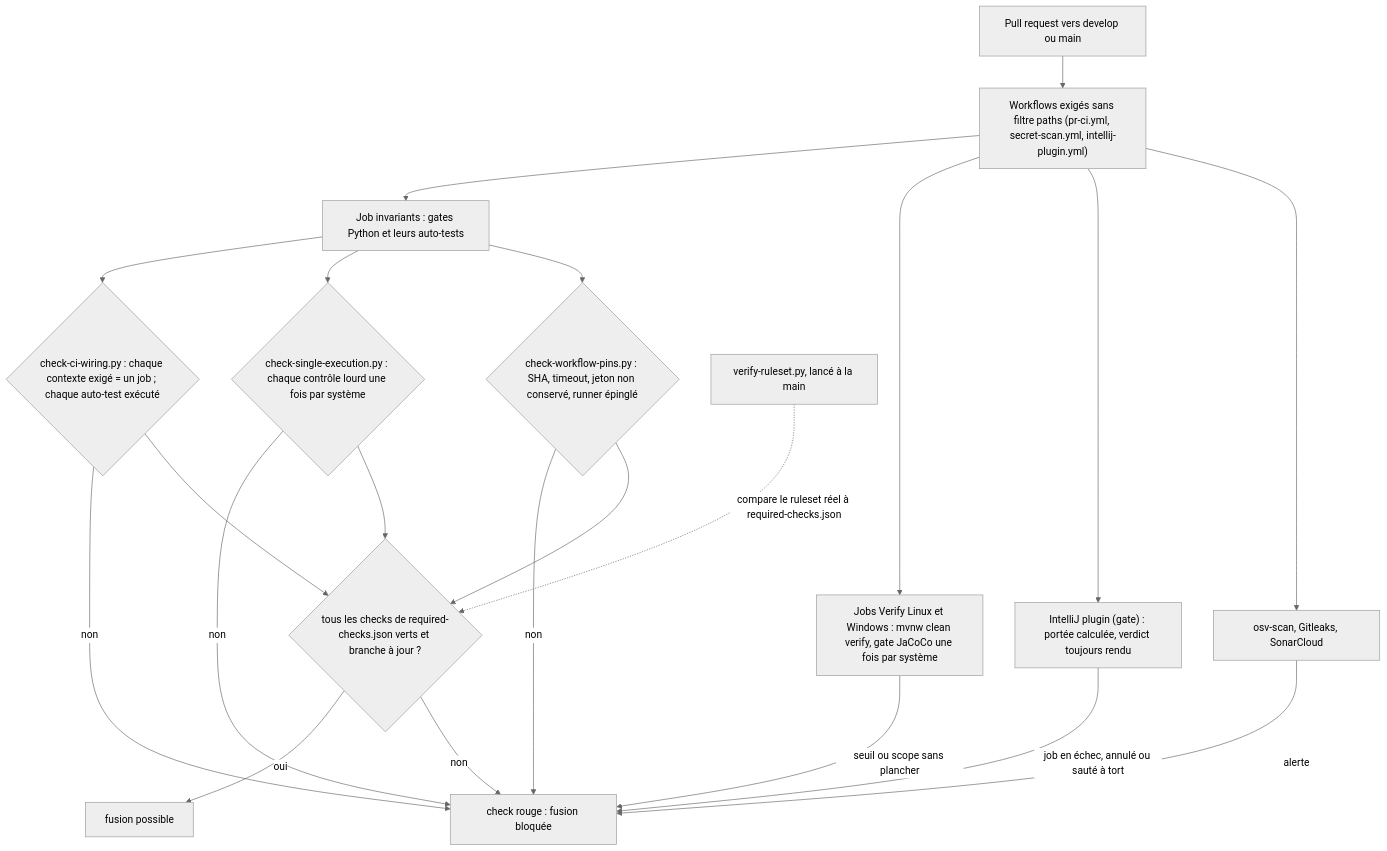
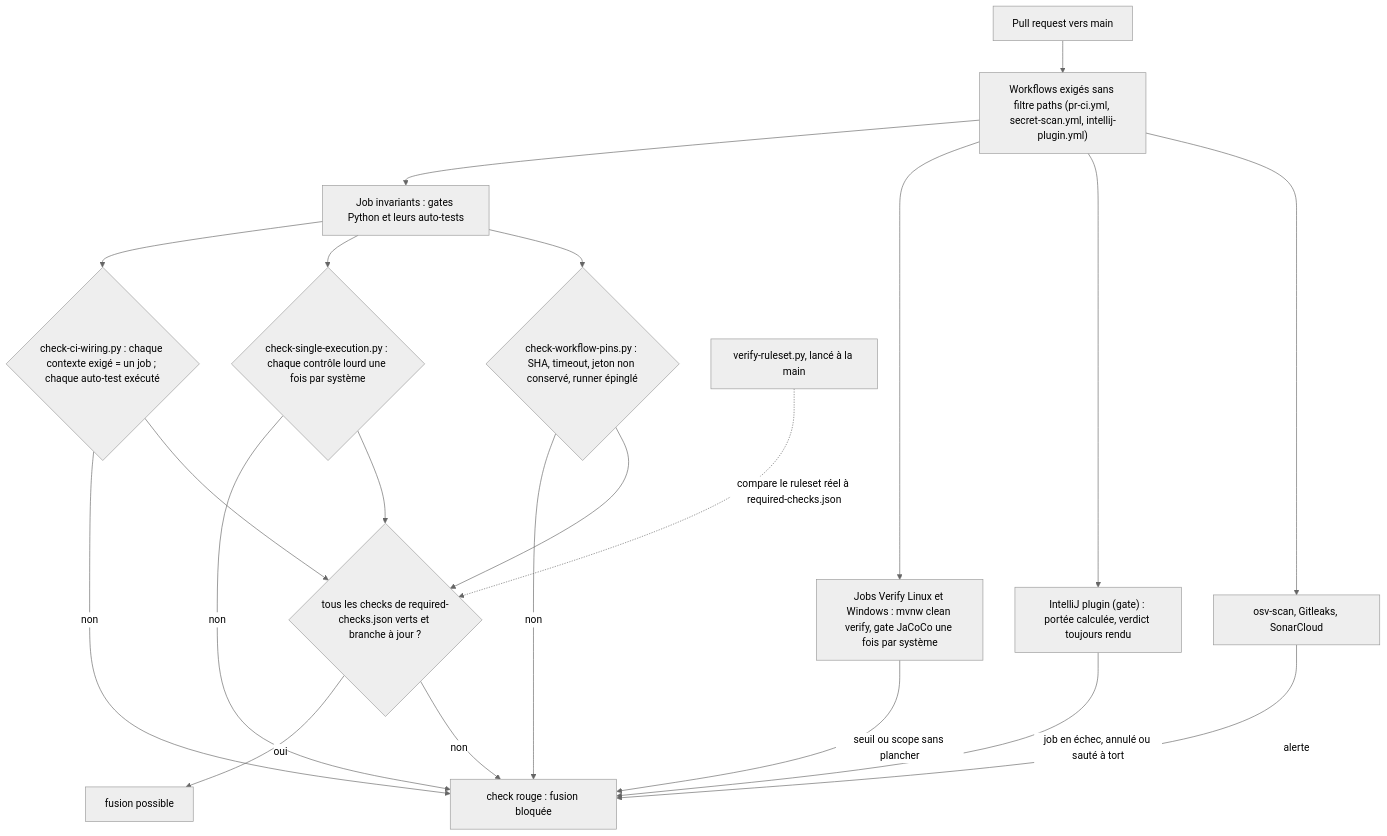
The diagram in docs/architecture/diagrams/capacites/controles-de-fusion.md (FTurleque/minos-code-intelligence), drawn with Mermaid (neutral theme) before and after one commit. The commit also changed other lines of this file and 9 other files, not shown here.

````diff
--- a/docs/architecture/diagrams/capacites/controles-de-fusion.md
+++ b/docs/architecture/diagrams/capacites/controles-de-fusion.md
@@ -24,23 +24,23 @@
 ```mermaid
 flowchart TD
-  PR["Pull request vers develop ou main"] --> W["Workflows exigés sans filtre paths (pr-ci.yml, secret-scan.yml, intellij-plugin.yml)"]
+  PR["Pull request vers main"] --> W["Workflows exigés sans filtre paths (pr-ci.yml, secret-scan.yml, intellij-plugin.yml)"]
   W --> INV["Job invariants : gates Python et leurs auto-tests"]
   W --> VER["Jobs Verify Linux et Windows : mvnw clean verify, gate JaCoCo une fois par système"]
   W --> PLG["IntelliJ plugin (gate) : portée calculée, verdict toujours rendu"]
   W --> OTH["osv-scan, Gitleaks, SonarCloud"]
   INV --> CW{"check-ci-wiring.py : chaque contexte exigé = un job ; chaque auto-test exécuté"}
   INV --> SE{"check-single-execution.py : chaque contrôle lourd une fois par système"}
   INV --> WP{"check-workflow-pins.py : SHA, timeout, jeton non conservé, runner épinglé"}
   CW -->|"non"| KO["check rouge : fusion bloquée"]
   SE -->|"non"| KO
   WP -->|"non"| KO
   VER -->|"seuil ou scope sans plancher"| KO
   PLG -->|"job en échec, annulé ou sauté à tort"| KO
   OTH -->|"alerte"| KO
   CW --> OK{"tous les checks de required-checks.json verts et branche à jour ?"}
   SE --> OK
   WP --> OK
   OK -->|"oui"| M["fusion possible"]
   OK -->|"non"| KO
   RS["verify-ruleset.py, lancé à la main"] -.->|"compare le ruleset réel à required-checks.json"| OK
 ```
````
